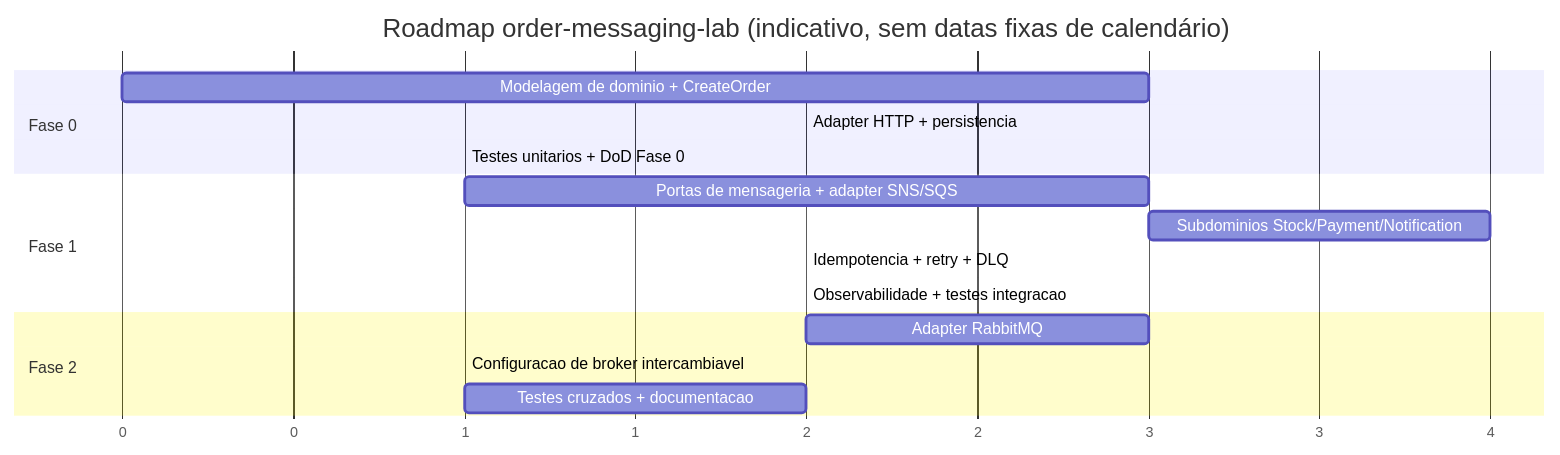
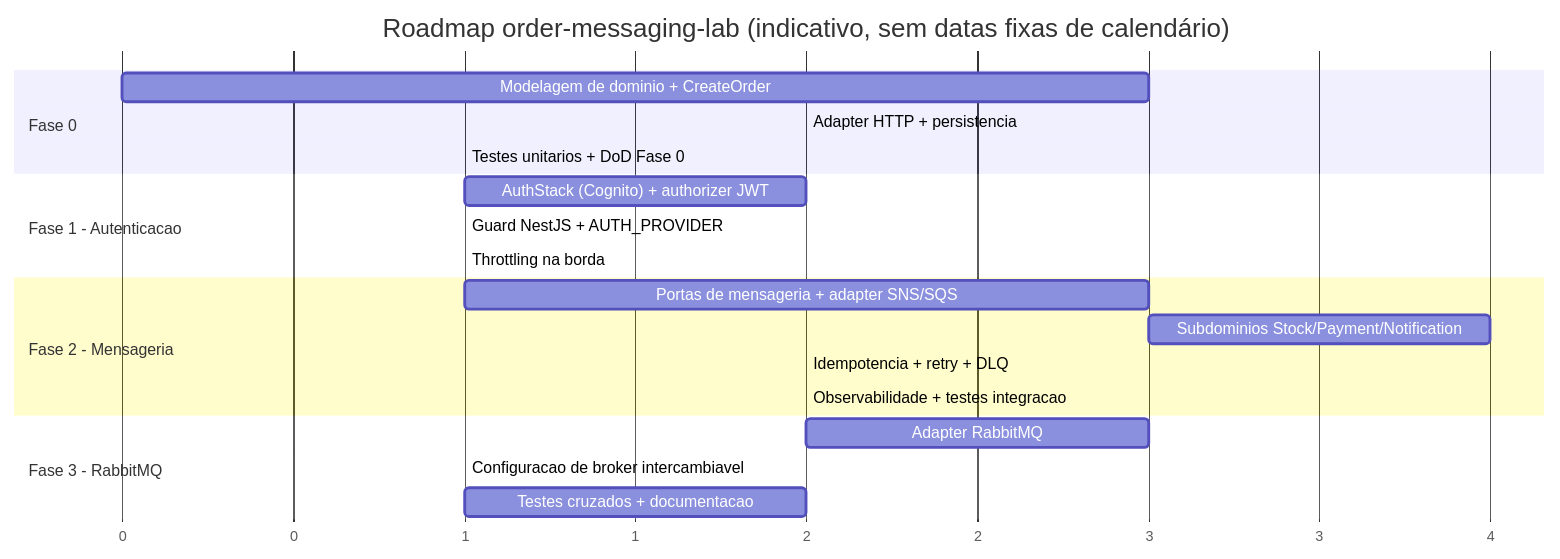
The fourth of 4 diagrams in .specs/project/PRD.md (Solon97/order-messaging-lab), drawn with Mermaid before and after one commit. The commit also changed other lines of this file and 1 other file, not shown here.

Commit message:
docs(README): update project description and architecture details

````diff
--- a/.specs/project/PRD.md
+++ b/.specs/project/PRD.md
@@ -563,22 +592,27 @@
 ```mermaid
 gantt
     title Roadmap order-messaging-lab (indicativo, sem datas fixas de calendário)
     dateFormat  X
     axisFormat %s
 
     section Fase 0
     Modelagem de dominio + CreateOrder      :f0a, 0, 3
     Adapter HTTP + persistencia             :f0b, after f0a, 2
     Testes unitarios + DoD Fase 0           :f0c, after f0b, 1
 
-    section Fase 1
-    Portas de mensageria + adapter SNS/SQS  :f1a, after f0c, 3
-    Subdominios Stock/Payment/Notification  :f1b, after f1a, 4
-    Idempotencia + retry + DLQ              :f1c, after f1b, 2
-    Observabilidade + testes integracao     :f1d, after f1c, 2
+    section Fase 1 - Autenticacao
+    AuthStack (Cognito) + authorizer JWT    :f1a, after f0c, 2
+    Guard NestJS + AUTH_PROVIDER            :f1b, after f1a, 1
+    Throttling na borda                     :f1c, after f1b, 1
 
-    section Fase 2
-    Adapter RabbitMQ                        :f2a, after f1d, 3
-    Configuracao de broker intercambiavel   :f2b, after f2a, 1
-    Testes cruzados + documentacao          :f2c, after f2b, 2
+    section Fase 2 - Mensageria
+    Portas de mensageria + adapter SNS/SQS  :f2a, after f1c, 3
+    Subdominios Stock/Payment/Notification  :f2b, after f2a, 4
+    Idempotencia + retry + DLQ              :f2c, after f2b, 2
+    Observabilidade + testes integracao     :f2d, after f2c, 2
+
+    section Fase 3 - RabbitMQ
+    Adapter RabbitMQ                        :f3a, after f2d, 3
+    Configuracao de broker intercambiavel   :f3b, after f3a, 1
+    Testes cruzados + documentacao          :f3c, after f3b, 2
 ```
````
